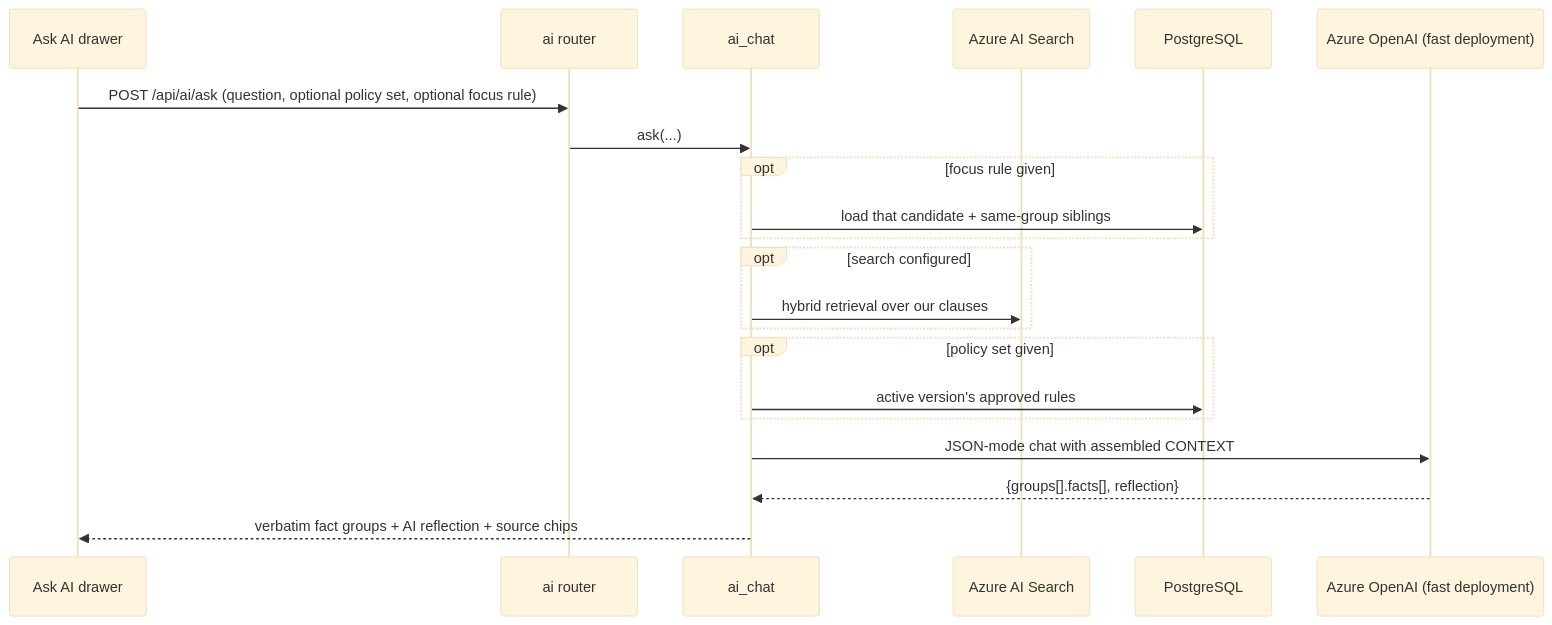
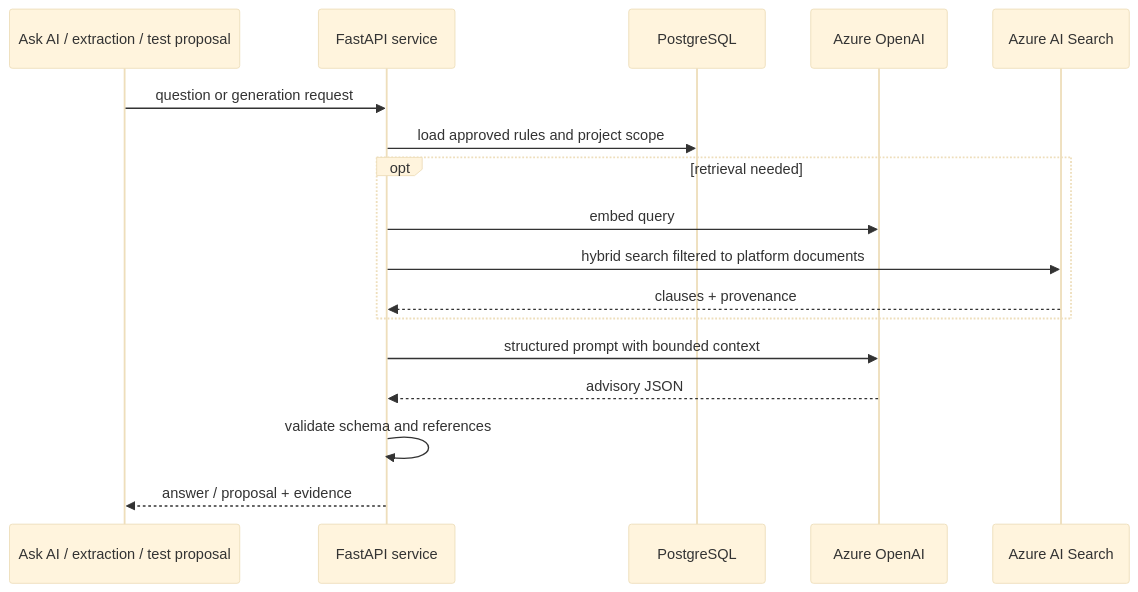
One commit to taomar/policy-governance-engine changed the sixth of 7 diagrams in docs/capability-flows.md. Above: the diagram before and after it, drawn with Mermaid (base theme). The commit also changed other lines of this file and 3 other files, not shown here.

Commit message:
docs: simplify document control flows

````diff
--- a/docs/capability-flows.md
+++ b/docs/capability-flows.md
@@ -614,24 +147,20 @@
 ```mermaid
 sequenceDiagram
-    participant UI as Ask AI drawer
-    participant R as ai router
-    participant CHAT as ai_chat
-    participant SRCH as Azure AI Search
+    participant UI as Ask AI / extraction / test proposal
+    participant API as FastAPI service
     participant DB as PostgreSQL
-    participant AOAI as Azure OpenAI (fast deployment)
+    participant AOAI as Azure OpenAI
+    participant Search as Azure AI Search
 
-    UI->>R: POST /api/ai/ask (question, optional policy set, optional focus rule)
-    R->>CHAT: ask(...)
-    opt focus rule given
-        CHAT->>DB: load that candidate + same-group siblings
+    UI->>API: question or generation request
+    API->>DB: load approved rules and project scope
+    opt retrieval needed
+        API->>AOAI: embed query
+        API->>Search: hybrid search filtered to platform documents
+        Search-->>API: clauses + provenance
     end
-    opt search configured
-        CHAT->>SRCH: hybrid retrieval over our clauses
-    end
-    opt policy set given
-        CHAT->>DB: active version's approved rules
-    end
-    CHAT->>AOAI: JSON-mode chat with assembled CONTEXT
-    AOAI-->>CHAT: {groups[].facts[], reflection}
-    CHAT-->>UI: verbatim fact groups + AI reflection + source chips
+    API->>AOAI: structured prompt with bounded context
+    AOAI-->>API: advisory JSON
+    API->>API: validate schema and references
+    API-->>UI: answer / proposal + evidence
 ```
````
